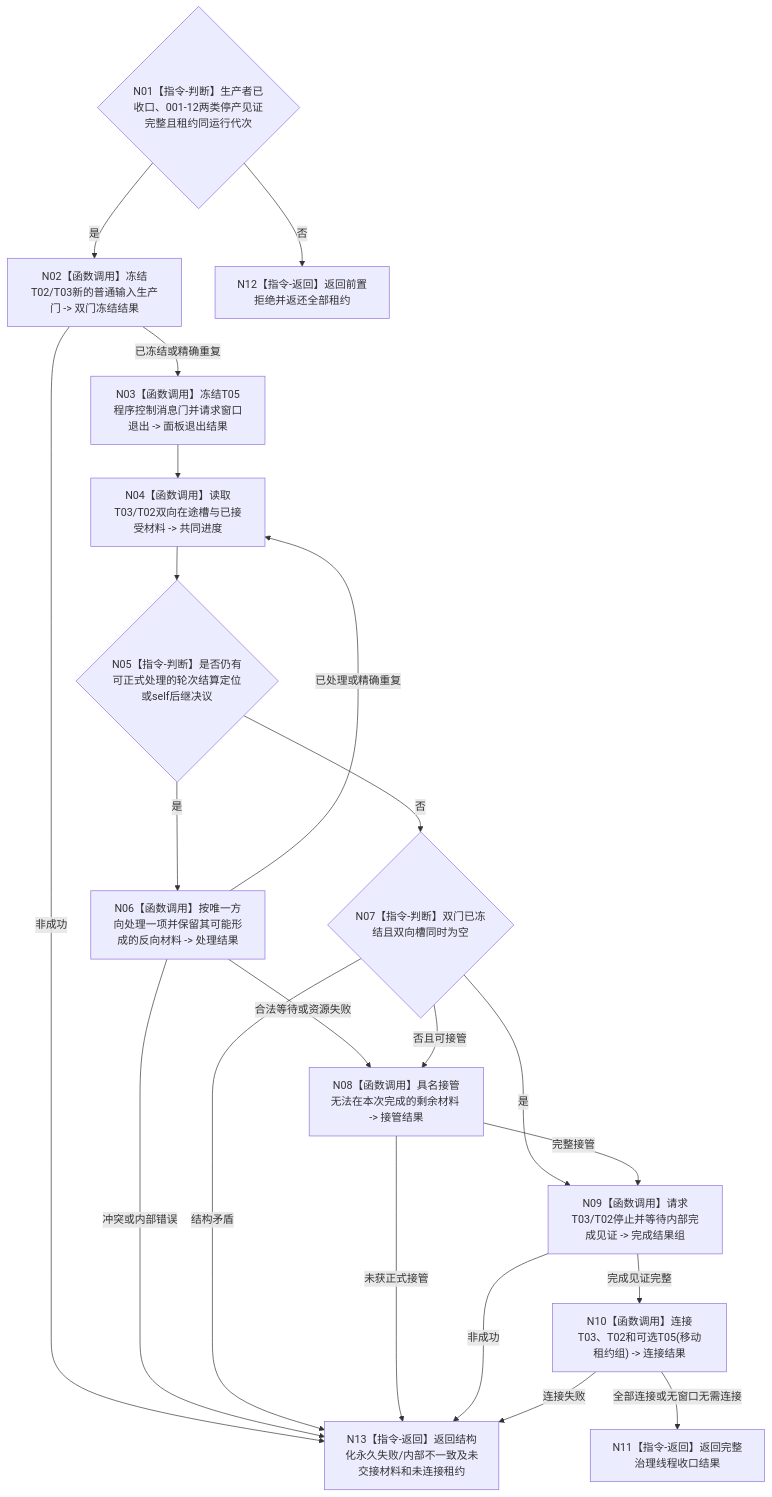
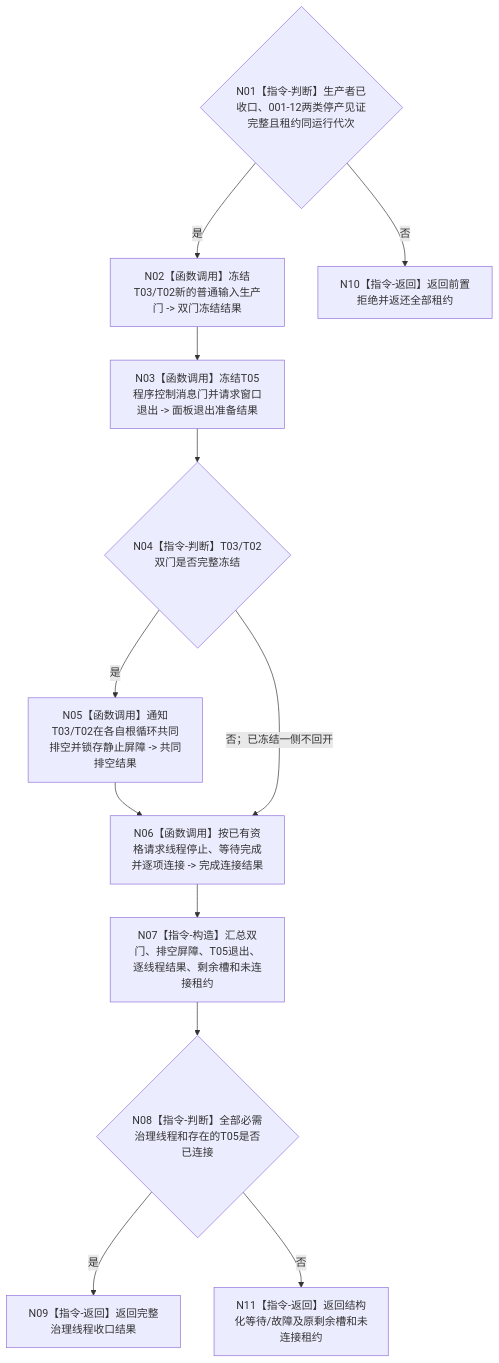
One commit to chunhaizh-cyber/HY-Ego changed the diagram in 流程图/目标业务流程图/L2/BIZ-L2-001-14_共同排空双向治理材料并连接任务管理自我和控制面板线程_目标函数流程图_v0.2.md. Above: the diagram before and after it, drawn with Mermaid. The commit also changed other lines of this file and 25 other files, not shown here.

````diff
--- a/流程图/目标业务流程图/L2/BIZ-L2-001-14_共同排空双向治理材料并连接任务管理自我和控制面板线程_目标函数流程图_v0.2.md
+++ b/流程图/目标业务流程图/L2/BIZ-L2-001-14_共同排空双向治理材料并连接任务管理自我和控制面板线程_目标函数流程图_v0.2.md
@@ -29,35 +31,22 @@
 ```mermaid
 flowchart TD
     N01{"N01【指令-判断】生产者已收口、001-12两类停产见证完整且租约同运行代次"}
-    N02["N02【函数调用】冻结T02/T03新的普通输入生产门 -> 双门冻结结果"]
-    N03["N03【函数调用】冻结T05程序控制消息门并请求窗口退出 -> 面板退出结果"]
-    N04["N04【函数调用】读取T03/T02双向在途槽与已接受材料 -> 共同进度"]
-    N05{"N05【指令-判断】是否仍有可正式处理的轮次结算定位或self后继决议"}
-    N06["N06【函数调用】按唯一方向处理一项并保留其可能形成的反向材料 -> 处理结果"]
-    N07{"N07【指令-判断】双门已冻结且双向槽同时为空"}
-    N08["N08【函数调用】具名接管无法在本次完成的剩余材料 -> 接管结果"]
-    N09["N09【函数调用】请求T03/T02停止并等待内部完成见证 -> 完成结果组"]
-    N10["N10【函数调用】连接T03、T02和可选T05(移动租约组) -> 连接结果"]
-    N11["N11【指令-返回】返回完整治理线程收口结果"]
-    N12["N12【指令-返回】返回前置拒绝并返还全部租约"]
-    N13["N13【指令-返回】返回结构化永久失败/内部不一致及未交接材料和未连接租约"]
+    N02["N02【函数调用】冻结T03/T02新的普通输入生产门 -> 双门冻结结果"]
+    N03["N03【函数调用】冻结T05程序控制消息门并请求窗口退出 -> 面板退出准备结果"]
+    N04{"N04【指令-判断】T03/T02双门是否完整冻结"}
+    N05["N05【函数调用】通知T03/T02在各自根循环共同排空并锁存静止屏障 -> 共同排空结果"]
+    N06["N06【函数调用】按已有资格请求线程停止、等待完成并逐项连接 -> 完成连接结果"]
+    N07["N07【指令-构造】汇总双门、排空屏障、T05退出、逐线程结果、剩余槽和未连接租约"]
+    N08{"N08【指令-判断】全部必需治理线程和存在的T05是否已连接"}
+    N09["N09【指令-返回】返回完整治理线程收口结果"]
+    N10["N10【指令-返回】返回前置拒绝并返还全部租约"]
+    N11["N11【指令-返回】返回结构化等待/故障及原剩余槽和未连接租约"]
 
-    N01 -->|否| N12
-    N01 -->|是| N02
-    N02 -->|非成功| N13
-    N02 -->|已冻结或精确重复| N03 --> N04 --> N05
-    N05 -->|是| N06
-    N06 -->|已处理或精确重复| N04
-    N06 -->|合法等待或资源失败| N08
-    N06 -->|冲突或内部错误| N13
-    N05 -->|否| N07
-    N07 -->|是| N09
-    N07 -->|否且可接管| N08
-    N07 -->|结构矛盾| N13
-    N08 -->|完整接管| N09
-    N08 -->|未获正式接管| N13
-    N09 -->|完成见证完整| N10
-    N09 -->|非成功| N13
-    N10 -->|全部连接或无窗口无需连接| N11
-    N10 -->|连接失败| N13
+    N01 -->|否| N10
+    N01 -->|是| N02 --> N03 --> N04
+    N04 -->|是| N05 --> N06
+    N04 -->|否；已冻结一侧不回开| N06
+    N06 --> N07 --> N08
+    N08 -->|是| N09
+    N08 -->|否| N11
 ```
````
